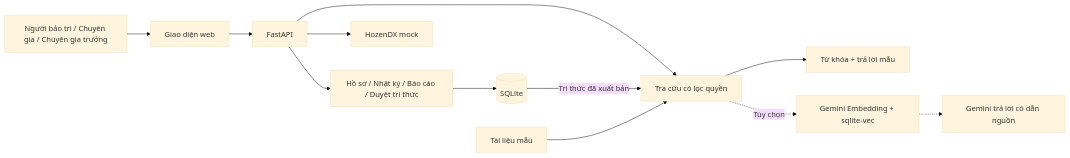
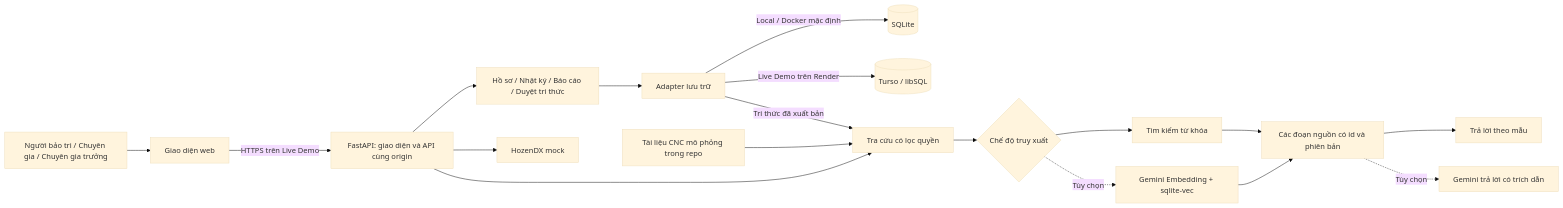
One commit to nguyenhoangduong17122005-glitch/DENSO-SmartMaintAI changed the first of 3 diagrams in README.md. Above: the diagram before and after it, drawn with Mermaid (base theme). The commit also changed other lines of this file and 1 other file, not shown here.

Commit message:
Document live hackathon demo, architecture, screenshots and Docker quickstart [skip ci]

````diff
--- a/README.md
+++ b/README.md
@@ -23,14 +37,20 @@
 ```mermaid
 flowchart LR
     U[Người bảo trì / Chuyên gia / Chuyên gia trưởng] --> UI[Giao diện web]
-    UI --> API[FastAPI]
+    UI -->|HTTPS trên Live Demo| API[FastAPI: giao diện và API cùng origin]
     API --> BM[Hồ sơ / Nhật ký / Báo cáo / Duyệt tri thức]
-    BM --> DB[(SQLite)]
+    BM --> STORE[Adapter lưu trữ]
+    STORE -->|Local / Docker mặc định| DB[(SQLite)]
+    STORE -->|Live Demo trên Render| CLOUD[(Turso / libSQL)]
     API --> HZ[HozenDX mock]
     API --> R[Tra cứu có lọc quyền]
-    DB -->|Tri thức đã xuất bản| R
-    F[Tài liệu mẫu] --> R
-    R --> K[Từ khóa + trả lời mẫu]
-    R -.->|Tùy chọn| V[Gemini Embedding + sqlite-vec]
-    V -.-> G[Gemini trả lời có dẫn nguồn]
+    STORE -->|Tri thức đã xuất bản| R
+    F[Tài liệu CNC mô phỏng trong repo] --> R
+    R --> RET{Chế độ truy xuất}
+    RET --> K[Tìm kiếm từ khóa]
+    RET -.->|Tùy chọn| V[Gemini Embedding + sqlite-vec]
+    K --> E[Các đoạn nguồn có id và phiên bản]
+    V --> E
+    E --> T[Trả lời theo mẫu]
+    E -.->|Tùy chọn| G[Gemini trả lời có trích dẫn]
 ```
````
